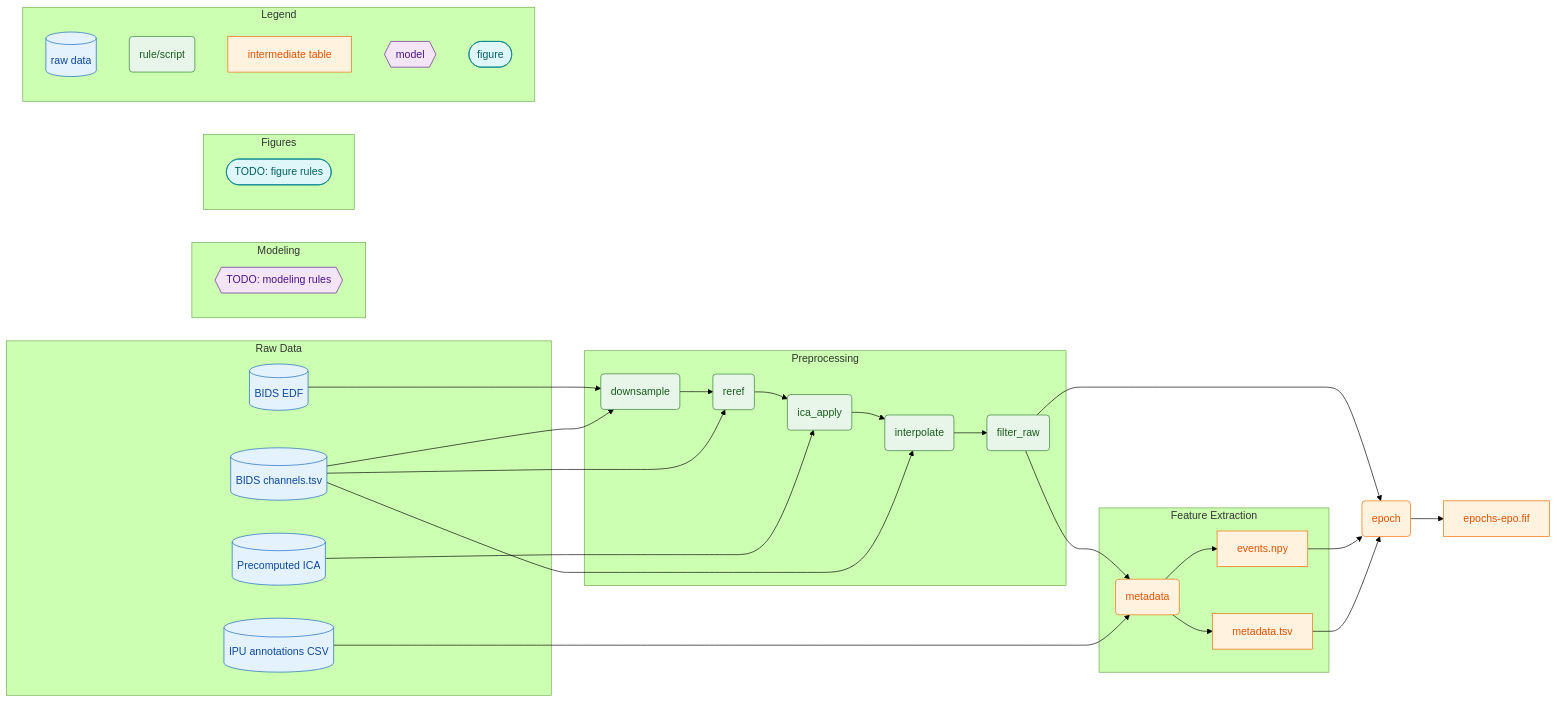
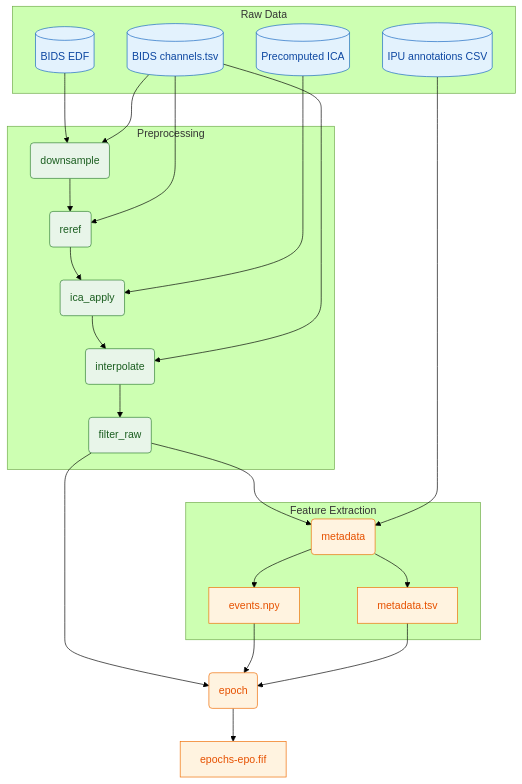
Before and after one commit to CogSci-hiro/hyperscanning: the diagram in README.md, drawn with Mermaid (forest theme).

````diff
--- a/README.md
+++ b/README.md
@@ -34,75 +34,75 @@
 ```mermaid
-flowchart LR
+flowchart TD
   %% Styles
   classDef raw fill:#E3F2FD,stroke:#1565C0,stroke-width:1px,color:#0D47A1;
   classDef preprocess fill:#E8F5E9,stroke:#2E7D32,stroke-width:1px,color:#1B5E20;
   classDef features fill:#FFF3E0,stroke:#EF6C00,stroke-width:1px,color:#E65100;
   classDef model fill:#F3E5F5,stroke:#6A1B9A,stroke-width:1px,color:#4A148C;
   classDef figures fill:#E0F7FA,stroke:#00838F,stroke-width:1px,color:#006064;
 
   %% Raw data
   subgraph RAW[Raw Data]
     raw_edf[("BIDS EDF" )]:::raw;
     raw_channels[("BIDS channels.tsv" )]:::raw;
     raw_ipu[("IPU annotations CSV" )]:::raw;
     raw_ica[("Precomputed ICA" )]:::raw;
   end
 
   %% Preprocessing
   subgraph PRE["Preprocessing"]
     downsample("downsample"):::preprocess
     reref("reref"):::preprocess
     ica_apply("ica_apply"):::preprocess
     interp_rule("interpolate"):::preprocess
     filter_raw("filter_raw"):::preprocess
   end
 
   %% Feature extraction / tables
   subgraph FEAT[Feature Extraction]
     metadata_rule("metadata"):::features
     meta_tsv["metadata.tsv"]:::features
     events_npy["events.npy"]:::features
   end
 
   %% Modeling
-  subgraph MOD[Modeling]
-    model_todo{{"TODO: modeling rules"}}:::model
-  end
+  %% subgraph MOD[Modeling]
+  %%  model_todo{{"TODO: modeling rules"}}:::model
+  %% end
 
   %% Figures
-  subgraph FIG[Figures]
-    fig_todo(["TODO: figure rules" ]):::figures
-  end
+  %% subgraph FIG[Figures]
+  %%  fig_todo(["TODO: figure rules" ]):::figures
+  %% end
 
   %% Dependencies
   raw_edf --> downsample
   raw_channels --> downsample
   downsample --> reref
   raw_channels --> reref
   reref --> ica_apply
   raw_ica --> ica_apply
   ica_apply --> interp_rule
   raw_channels --> interp_rule
   interp_rule --> filter_raw
   filter_raw --> metadata_rule
   raw_ipu --> metadata_rule
   metadata_rule --> meta_tsv
   metadata_rule --> events_npy
   filter_raw --> epoch_rule
   events_npy --> epoch_rule
   meta_tsv --> epoch_rule
 
   %% Epochs (output node)
   epoch_rule("epoch"):::features
   epochs_out["epochs-epo.fif"]:::features
   epoch_rule --> epochs_out
 
   %% Legend
-  subgraph LEG[Legend]
-    l_raw[("raw data")]:::raw
-    l_script("rule/script"):::preprocess
-    l_table["intermediate table"]:::features
-    l_model{{"model"}}:::model
-    l_fig(["figure"]):::figures
-  end
+  %% subgraph LEG[Legend]
+    %% l_raw[("raw data")]:::raw
+    %% l_script("rule/script"):::preprocess
+    %% l_table["intermediate table"]:::features
+    %% l_model{{"model"}}:::model
+    %% l_fig(["figure"]):::figures
+  %% end
 ```
````
